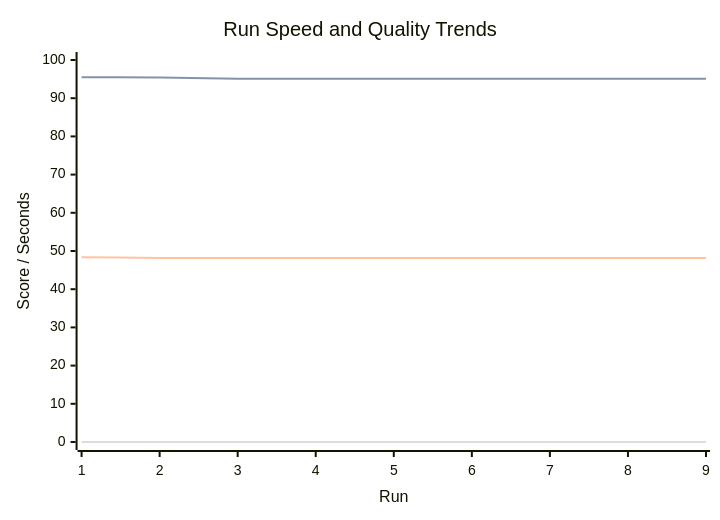
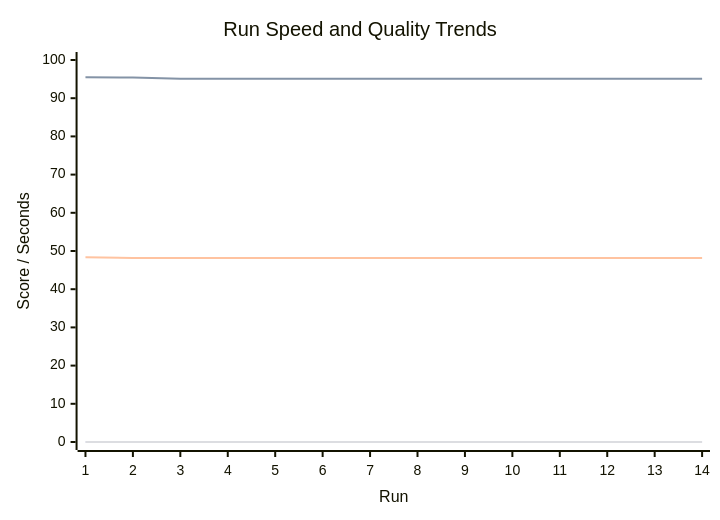
One commit to Jit-Paul-2008/Hexamind changed the first of 2 diagrams in reports-versioned/aggregated/run-results-dashboard.md. Above: the diagram before and after it, drawn with Mermaid. The commit also changed other lines of this file and 67 other files, not shown here.

````diff
--- a/reports-versioned/aggregated/run-results-dashboard.md
+++ b/reports-versioned/aggregated/run-results-dashboard.md
@@ -11,11 +11,11 @@
 ```mermaid
 xychart-beta
     title "Run Speed and Quality Trends"
-    x-axis "Run" [1, 2, 3, 4, 5, 6, 7, 8, 9]
+    x-axis "Run" [1, 2, 3, 4, 5, 6, 7, 8, 9, 10, 11, 12, 13, 14]
     y-axis "Score / Seconds" 0 --> 100
-    line "Accuracy" [0.0, 0.0, 0.0, 0.0, 0.0, 0.0, 0.0, 0.0, 0.0]
-    line "Human-like" [95.51, 95.42, 95.12, 95.12, 95.12, 95.12, 95.12, 95.12, 95.12]
-    line "Usefulness" [48.39, 48.2, 48.17, 48.17, 48.17, 48.17, 48.17, 48.17, 48.17]
-    line "HumanReview" [0.0, 0.0, 0.0, 0.0, 0.0, 0.0, 0.0, 0.0, 0.0]
-    line "SpeedSeconds" [187.48, 238.47, 237.45, 236.94, 236.7, 236.62, 236.35, 236.35, 236.43]
+    line "Accuracy" [0.0, 0.0, 0.0, 0.0, 0.0, 0.0, 0.0, 0.0, 0.0, 0.0, 0.0, 0.0, 0.0, 0.0]
+    line "Human-like" [95.51, 95.42, 95.12, 95.12, 95.12, 95.12, 95.12, 95.12, 95.12, 95.12, 95.12, 95.12, 95.12, 95.12]
+    line "Usefulness" [48.39, 48.2, 48.17, 48.17, 48.17, 48.17, 48.17, 48.17, 48.17, 48.17, 48.17, 48.17, 48.17, 48.17]
+    line "HumanReview" [0.0, 0.0, 0.0, 0.0, 0.0, 0.0, 0.0, 0.0, 0.0, 0.0, 0.0, 0.0, 0.0, 0.0]
+    line "SpeedSeconds" [187.48, 238.47, 237.45, 236.94, 236.7, 236.62, 236.35, 236.35, 236.43, 236.48, 236.36, 236.37, 236.38, 236.58]
 ```
````
